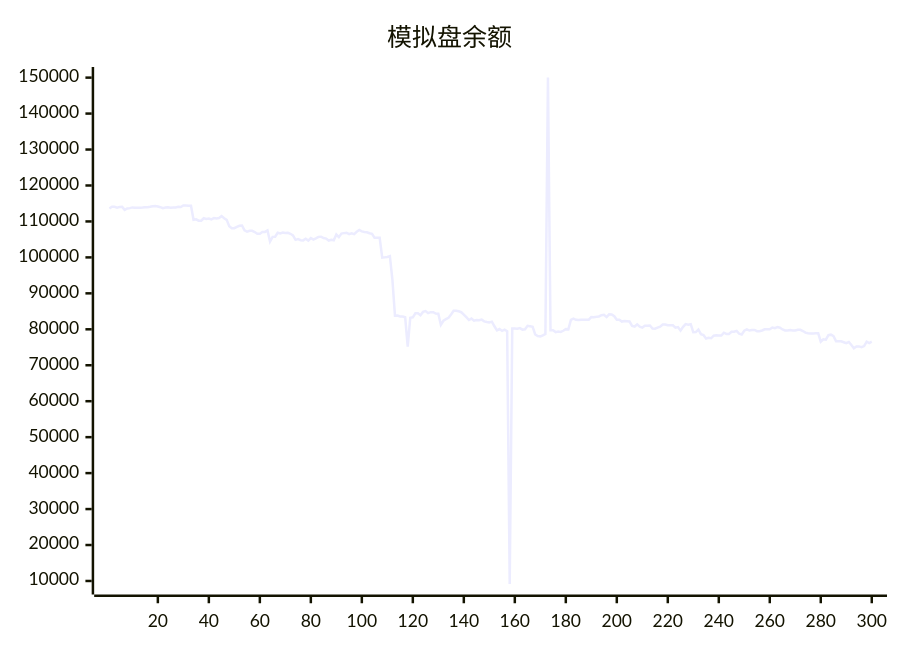
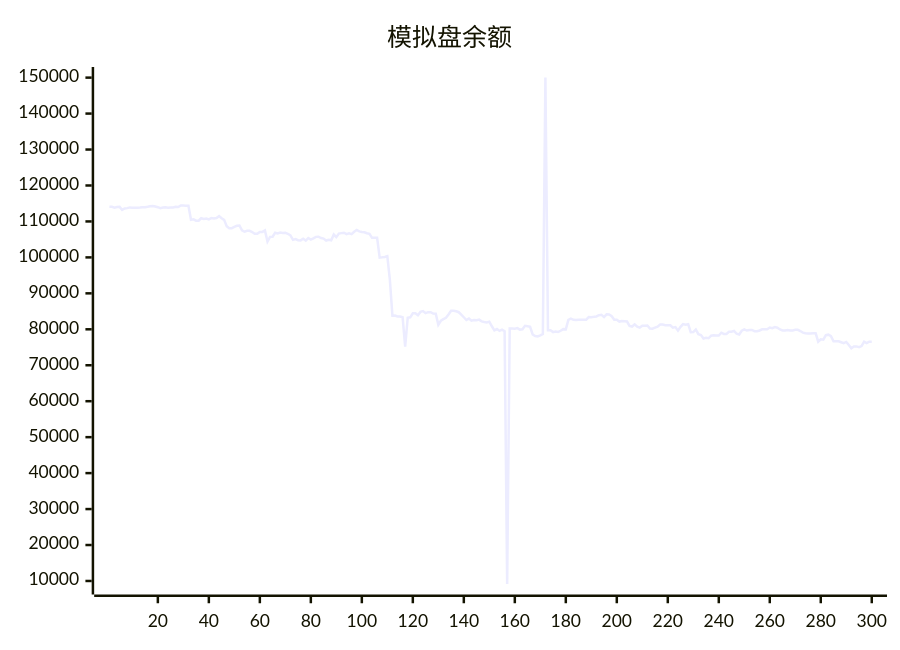
The diagram in README.md (aahl/ai-trading), drawn with Mermaid before and after one commit. The commit also changed other lines of this file and 1 other file, not shown here.

````diff
--- a/README.md
+++ b/README.md
@@ -5,5 +5,5 @@
 ```mermaid
 xychart
     title "模拟盘余额"
-    line [113585,114083,114074,113840,113996,114051,113208,113593,113701,113901,113794,113784,113810,113848,113927,113929,114064,114232,114293,114144,113960,113698,113853,113942,113812,113908,113877,114091,113998,114427,114422,114384,114384,110477,110576,110198,110198,110890,110712,110812,110569,110929,110847,110968,111478,110870,110433,108661,108116,108115,108485,108797,108877,107536,107134,107393,107393,107046,106565,106565,107081,107081,107478,104404,105715,105749,106866,106651,106889,106771,106816,106565,106141,104876,105103,104796,104734,105169,104690,105380,104941,105272,105709,105739,105374,105227,104691,104924,104762,106364,105628,106608,106748,106872,106485,106721,106468,107132,107620,107224,107080,107001,106717,106567,105431,105431,105440,99950,100017,100113,100337,93749,83795,83807,83567,83567,83342,75168,83222,83336,84448,84449,83896,84839,85065,84499,84757,84757,84364,84347,81254,82385,82835,83184,84099,85150,85150,85002,84751,84096,83356,82582,82983,82404,82572,82512,82688,82200,82047,81920,82125,80840,79688,80060,79552,79920,79470,9193,80236,80208,80170,80336,79894,80006,80954,80837,80712,78561,78139,78037,78293,78682,150000,79720,79720,79214,79372,79279,79591,80046,79993,82625,82950,82626,82571,82633,82670,82670,82681,83386,83378,83464,83579,83920,84037,83402,84160,84142,83652,82655,82655,82145,82315,82243,82163,80934,80770,81371,80742,80468,80989,80989,81067,80191,80155,80450,80737,81309,81309,81106,81119,81119,80471,80631,79624,80670,81448,81290,81429,79212,79222,79940,78643,78380,77432,77623,77504,78235,78358,78284,78277,79048,78714,78714,79290,79308,79567,78763,78563,79603,79988,79652,79813,79813,79476,79469,79673,79995,80015,80015,80486,80314,80600,80436,79966,79689,79689,79819,79692,79692,79850,79850,79518,79071,78889,78850,78850,78878,78878,76554,77202,77103,78357,78510,78106,76678,76677,76672,76411,76159,76485,75656,74695,75197,75246,75052,75334,76564,76179,76553]
+    line [114083,114074,113840,113996,114051,113208,113593,113701,113901,113794,113784,113810,113848,113927,113929,114064,114232,114293,114144,113960,113698,113853,113942,113812,113908,113877,114091,113998,114427,114422,114384,114384,110477,110576,110198,110198,110890,110712,110812,110569,110929,110847,110968,111478,110870,110433,108661,108116,108115,108485,108797,108877,107536,107134,107393,107393,107046,106565,106565,107081,107081,107478,104404,105715,105749,106866,106651,106889,106771,106816,106565,106141,104876,105103,104796,104734,105169,104690,105380,104941,105272,105709,105739,105374,105227,104691,104924,104762,106364,105628,106608,106748,106872,106485,106721,106468,107132,107620,107224,107080,107001,106717,106567,105431,105431,105440,99950,100017,100113,100337,93749,83795,83807,83567,83567,83342,75168,83222,83336,84448,84449,83896,84839,85065,84499,84757,84757,84364,84347,81254,82385,82835,83184,84099,85150,85150,85002,84751,84096,83356,82582,82983,82404,82572,82512,82688,82200,82047,81920,82125,80840,79688,80060,79552,79920,79470,9193,80236,80208,80170,80336,79894,80006,80954,80837,80712,78561,78139,78037,78293,78682,150000,79720,79720,79214,79372,79279,79591,80046,79993,82625,82950,82626,82571,82633,82670,82670,82681,83386,83378,83464,83579,83920,84037,83402,84160,84142,83652,82655,82655,82145,82315,82243,82163,80934,80770,81371,80742,80468,80989,80989,81067,80191,80155,80450,80737,81309,81309,81106,81119,81119,80471,80631,79624,80670,81448,81290,81429,79212,79222,79940,78643,78380,77432,77623,77504,78235,78358,78284,78277,79048,78714,78714,79290,79308,79567,78763,78563,79603,79988,79652,79813,79813,79476,79469,79673,79995,80015,80015,80486,80314,80600,80436,79966,79689,79689,79819,79692,79692,79850,79850,79518,79071,78889,78850,78850,78878,78878,76554,77202,77103,78357,78510,78106,76678,76677,76672,76411,76159,76485,75656,74695,75197,75246,75052,75334,76564,76179,76553,76551]
 ```
````
